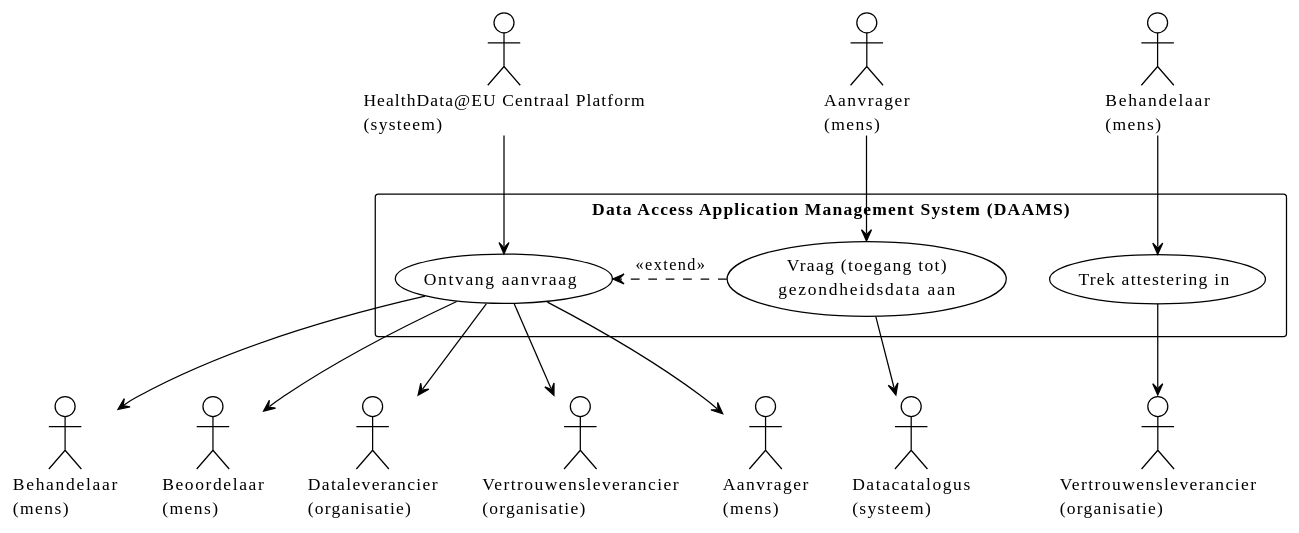
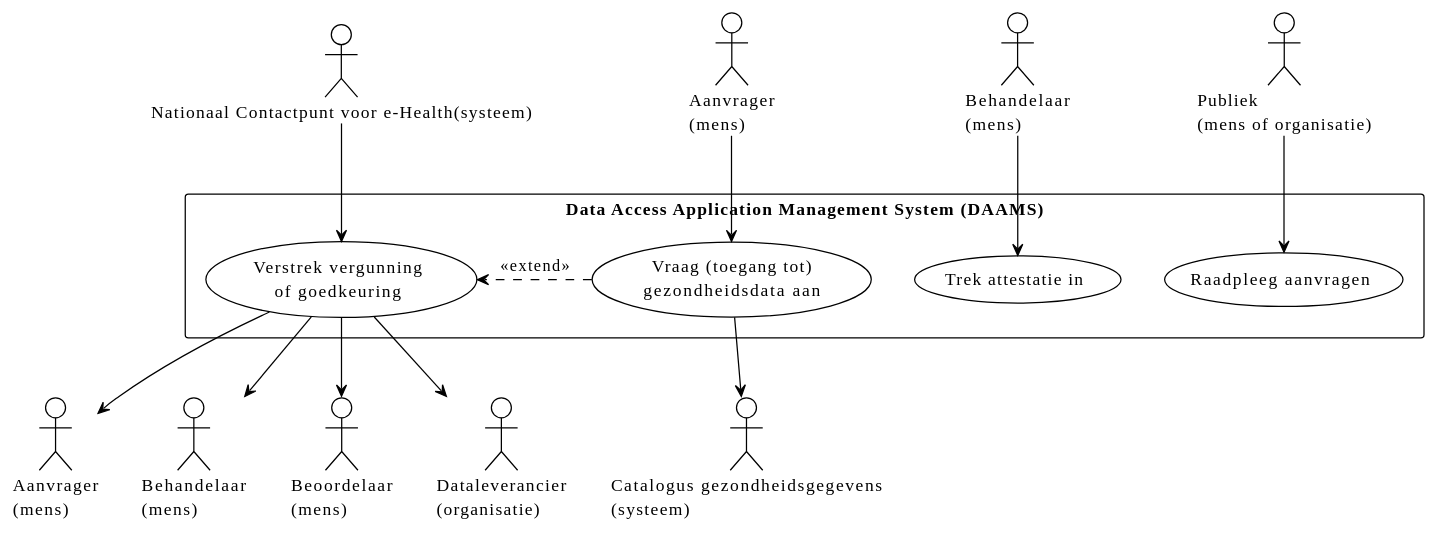
Before and after one commit to Health-RI/data-station-specification: the first of 2 diagrams in docs/architectuur/aanvragen.md, drawn with PlantUML. The commit also changed other lines of this file and 1 other file, not shown here.

Commit message:
aanvragen voltooid

````diff
--- a/docs/architectuur/aanvragen.md
+++ b/docs/architectuur/aanvragen.md
@@ -14,37 +26,36 @@
 ```puml
 @startuml
 !theme plain
 
-actor "HealthData@EU Centraal Platform\n(systeem)" as MSB
+actor "Nationaal Contactpunt voor e-Health(systeem)" as MSB
 actor "Aanvrager\n(mens)" as HDA_I
 actor "Aanvrager\n(mens)" as HDA_O
 actor "Behandelaar\n(mens)" as AC_I
 actor "Behandelaar\n(mens)" as AC_O
 actor "Beoordelaar\n(mens)" as AA
 actor "Dataleverancier\n(organisatie)" as DH
-actor "Datacatalogus\n(systeem)" as DC
-actor "Vertrouwensleverancier\n(organisatie)" as ISS_1
-actor "Vertrouwensleverancier\n(organisatie)" as ISS_2
+actor "Catalogus gezondheidsgegevens\n(systeem)" as DC
+actor "Publiek\n(mens of organisatie)" as B
 
 rectangle "Data Access Application Management System (DAAMS)" {
   usecase "Vraag (toegang tot)\ngezondheidsdata aan" as UC1
-  usecase "Ontvang aanvraag" as UC2
-  usecase "Trek attestering in" as UC3
+  usecase "Verstrek vergunning\nof goedkeuring" as UC2
+  usecase "Trek attestatie in" as UC3
+  usecase "Raadpleeg aanvragen" as UC4
 }
 
 HDA_I --> UC1
 MSB --> UC2
 AC_I --> UC3
+B --> UC4
 
 UC1 --> DC
 UC2 --> DH
 UC2 --> AC_O
 UC2 --> AA
 UC2 --> HDA_O
-UC2 --> ISS_1
-UC3 --> ISS_2
 
 UC1 .> UC2 : << extend >>
 
 @enduml
 ```
````
